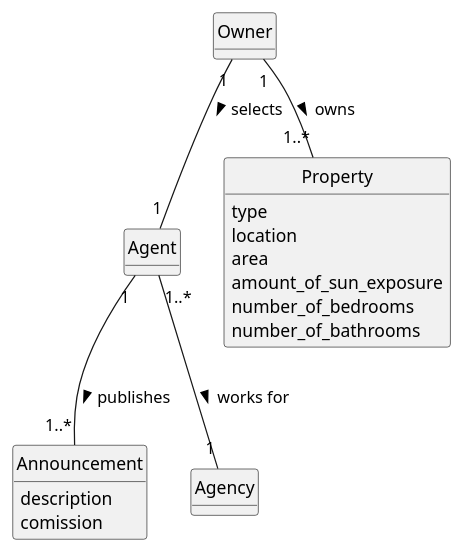
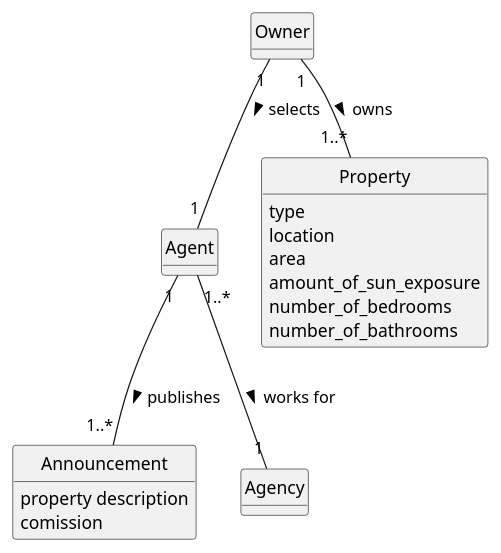
Before and after one commit to Rodrick0209/ISEP-LAPR2-22-23: the diagram in docs/Sprint-B/US002/02.analysis/puml/us002-domain-model.puml, drawn with PlantUML. The commit also changed 5 other files, not shown here.

```diff
--- a/docs/Sprint-B/US002/02.analysis/puml/us002-domain-model.puml
+++ b/docs/Sprint-B/US002/02.analysis/puml/us002-domain-model.puml
@@ -1,44 +1,44 @@
-@startuml
+    @startuml
 skinparam monochrome true
 skinparam packageStyle rectangle
 skinparam shadowing false
 
 'left to right direction
 
 skinparam classAttributeIconSize 0
 
 hide circle
 hide methods
 
 'title Domain Model
 
 'class Platform {
 '  -description
 '}
 
 class Agent {
 }
 
 class Owner {
 }
 
 class Property {
     type
     location
     area
     amount_of_sun_exposure
     number_of_bedrooms
     number_of_bathrooms
 }
 
 class Announcement {
-    description
+     property description
     comission
   }
 
 Owner "1" -- "1" Agent : selects >
 Owner "1" -- "1..*" Property : owns >
 Agent "1" -- "1..*" Announcement : publishes >
 Agent "1..*" -- "1" Agency : works for >
 
 @enduml
```
